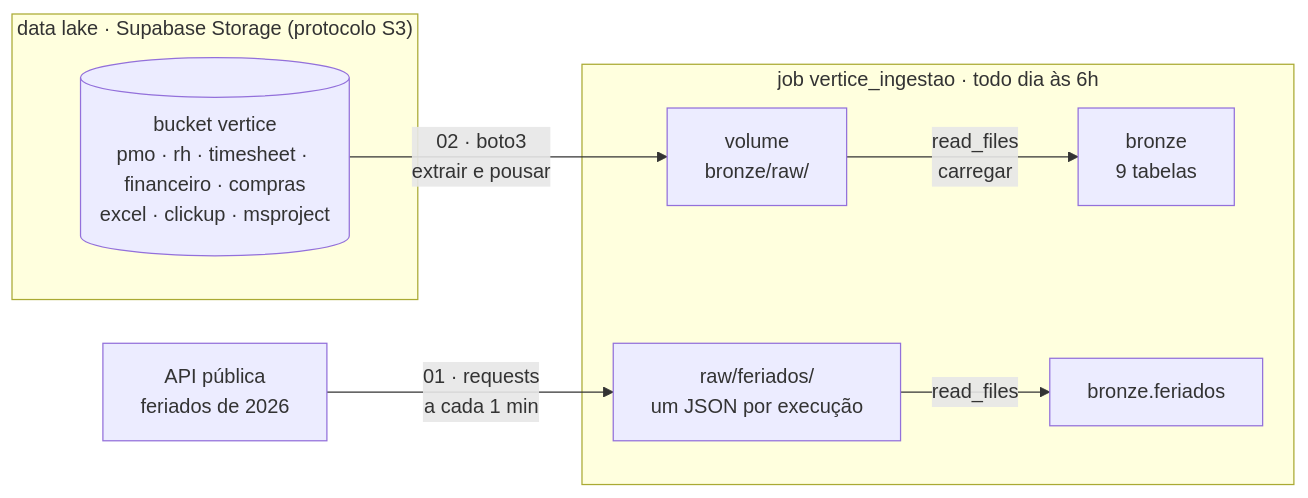
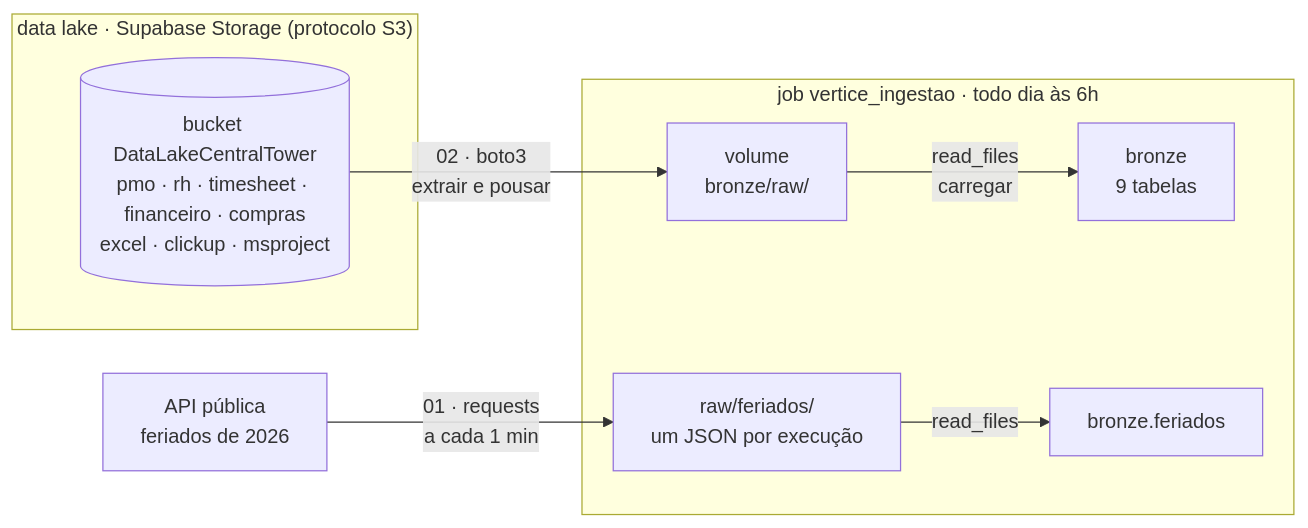
The first of 2 diagrams in aulas/aula-02-python-engenheiro/README.md (AugustoKoche-AI/ImersaoControlTower), drawn with Mermaid before and after one commit. The commit also changed other lines of this file and 4 other files, not shown here.

Commit message:
Noite 2: bucket DataLakeCentralTower, endpoint e região do projeto ControlTower

````diff
--- a/aulas/aula-02-python-engenheiro/README.md
+++ b/aulas/aula-02-python-engenheiro/README.md
@@ -20,16 +20,16 @@
 ```mermaid
 flowchart LR
   subgraph LAKE["data lake · Supabase Storage (protocolo S3)"]
-    B[("bucket vertice<br/>pmo · rh · timesheet · financeiro · compras<br/>excel · clickup · msproject")]
+    B[("bucket DataLakeCentralTower<br/>pmo · rh · timesheet · financeiro · compras<br/>excel · clickup · msproject")]
   end
   API["API pública<br/>feriados de 2026"]
   B -- "02 · boto3<br/>extrair e pousar" --> RAW["volume<br/>bronze/raw/"]
   RAW -- "read_files<br/>carregar" --> BR["bronze<br/>9 tabelas"]
   API -- "01 · requests<br/>a cada 1 min" --> RAWF["raw/feriados/<br/>um JSON por execução"] -- "read_files" --> BF["bronze.feriados"]
   subgraph JOB["job vertice_ingestao · todo dia às 6h"]
     RAW
     BR
     RAWF
     BF
   end
 ```
````
